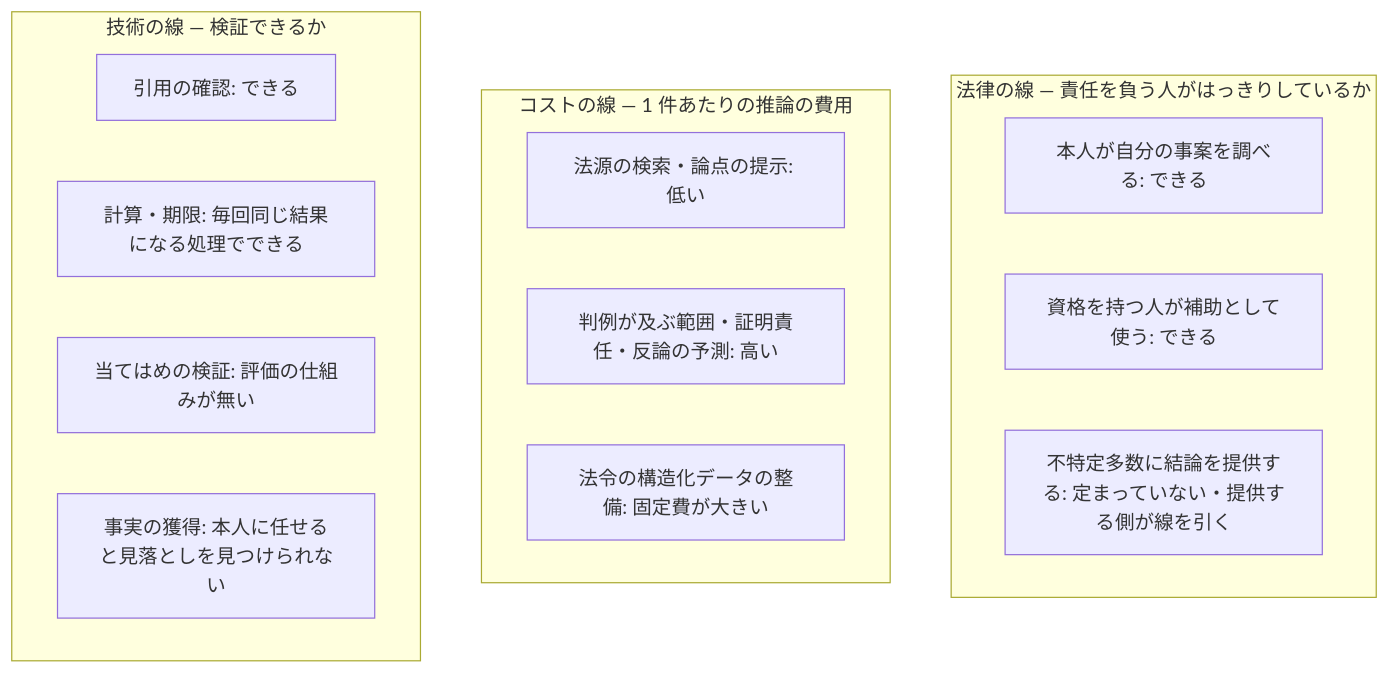
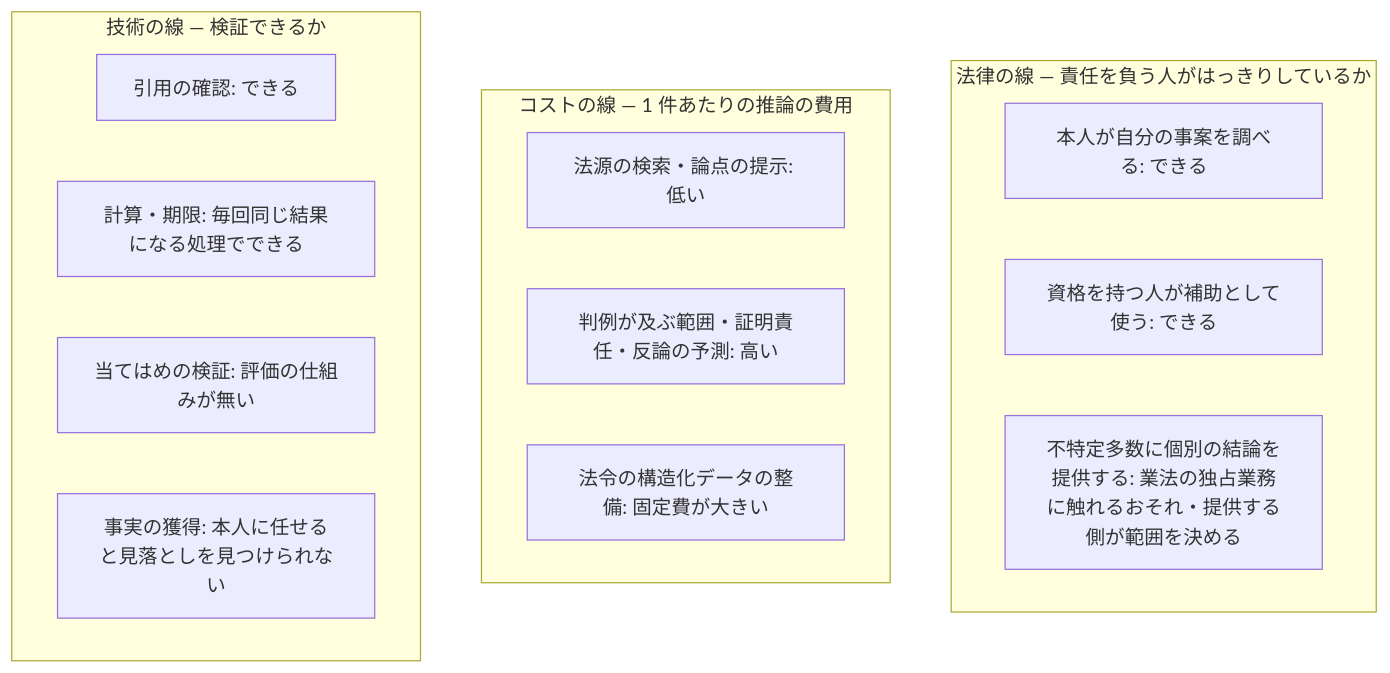
Before and after one commit to shuji-bonji/houki-hub: the third of 3 diagrams in site/docs/guide/scope-by-audience.md, drawn with Mermaid. The commit also changed other lines of this file, not shown here.

Commit message:
docs(site): scope-by-audience の当てはめの行と法律の線の A3 を直す
- 「専門家の仕事の中での位置」の表の当てはめの行を、ほかの行と同じく
  「担いません」で始め、LLM が一般論として要件を示すことはあっても、
  個別の事実に当てはめた結論は返さないと書く（Q33'-1、案 B）
- 3 つの線の図の A3 を「不特定多数に個別の結論を提供する: 業法の独占業務に
  触れるおそれ・提供する側が範囲を決める」にする（Q33'-2、案 B）

Refs #27

Claude-Session: https://claude.ai/code/session_01A9Mo7qpWuPaMuEozEY6eEV

````diff
--- a/site/docs/guide/scope-by-audience.md
+++ b/site/docs/guide/scope-by-audience.md
@@ -133,19 +133,19 @@
 ```mermaid
 flowchart TB
     subgraph 法律の線["法律の線 — 責任を負う人がはっきりしているか"]
         A1[本人が自分の事案を調べる: できる]
         A2[資格を持つ人が補助として使う: できる]
-        A3[不特定多数に結論を提供する: 定まっていない・提供する側が線を引く]
+        A3[不特定多数に個別の結論を提供する: 業法の独占業務に触れるおそれ・提供する側が範囲を決める]
     end
     subgraph コストの線["コストの線 — 1 件あたりの推論の費用"]
         B1[法源の検索・論点の提示: 低い]
         B2[判例が及ぶ範囲・証明責任・反論の予測: 高い]
         B3[法令の構造化データの整備: 固定費が大きい]
     end
     subgraph 技術の線["技術の線 — 検証できるか"]
         C1[引用の確認: できる]
         C2[計算・期限: 毎回同じ結果になる処理でできる]
         C3[当てはめの検証: 評価の仕組みが無い]
         C4[事実の獲得: 本人に任せると見落としを見つけられない]
     end
 ```
````
